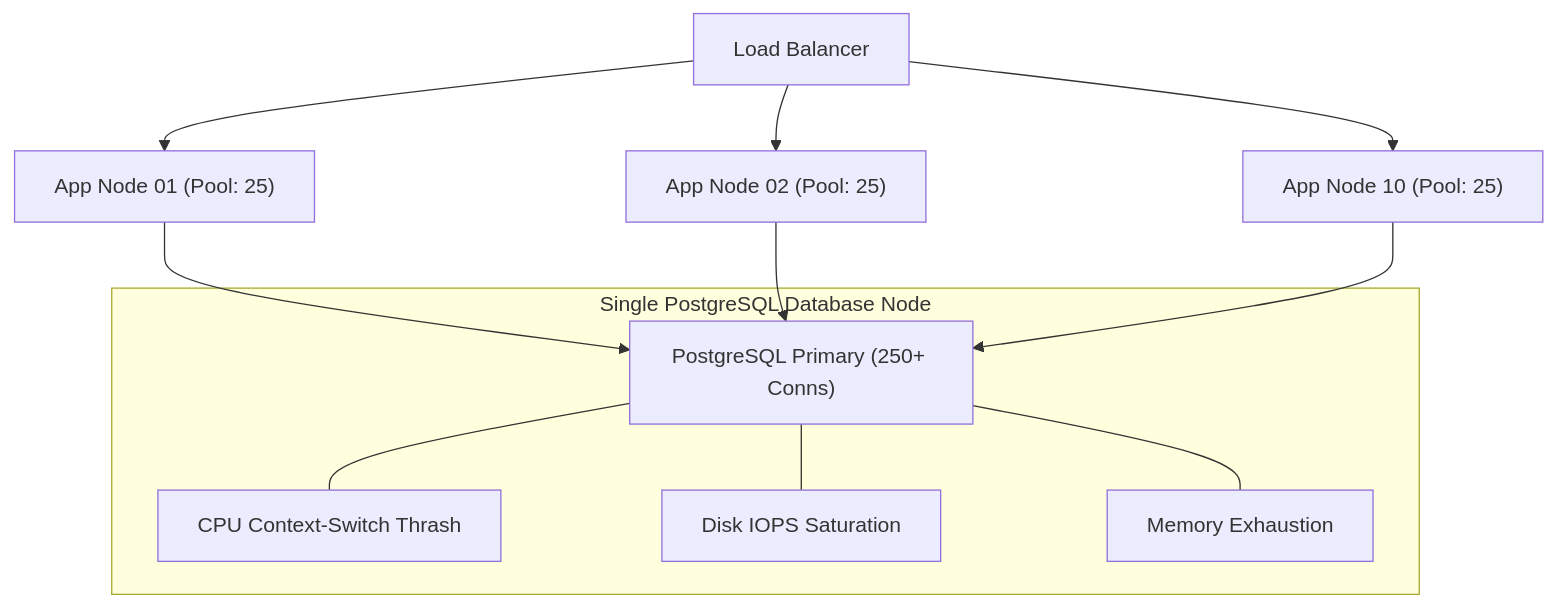
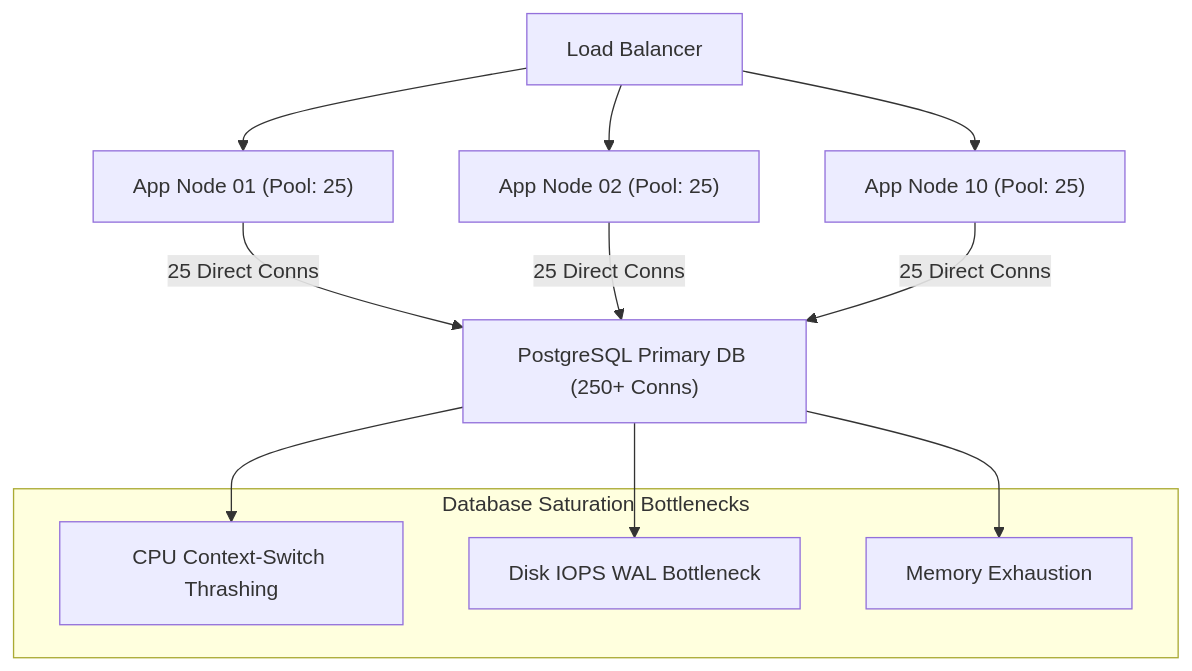
Before and after one commit to userhimanshuverma/30_Days_of_Building_Systems_That_Scale: the second of 5 diagrams in days/phase-2-database-becomes-the-problem/day-06-app-scales-db-doesnt/README.md, drawn with Mermaid. The commit also changed other lines of this file, not shown here.

Commit message:
fix(docs): resolve Mermaid node ownership and cross-subgraph layout error in Diagram 2

````diff
--- a/days/phase-2-database-becomes-the-problem/day-06-app-scales-db-doesnt/README.md
+++ b/days/phase-2-database-becomes-the-problem/day-06-app-scales-db-doesnt/README.md
@@ -222,17 +222,20 @@
 ```mermaid
 graph TD
     LB["Load Balancer"] --> App1["App Node 01 (Pool: 25)"]
     LB --> App2["App Node 02 (Pool: 25)"]
     LB --> App3["App Node 10 (Pool: 25)"]
 
-    App1 --> DB
-    App2 --> DB
-    App3 --> DB
+    App1 -->|25 Direct Conns| DB["PostgreSQL Primary DB (250+ Conns)"]
+    App2 -->|25 Direct Conns| DB
+    App3 -->|25 Direct Conns| DB
 
-    subgraph Database ["Single PostgreSQL Database Node"]
-        DB["PostgreSQL Primary (250+ Conns)"]
-        DB --- C1["CPU Context-Switch Thrash"]
-        DB --- C2["Disk IOPS Saturation"]
-        DB --- C3["Memory Exhaustion"]
+    subgraph DB_Issues ["Database Saturation Bottlenecks"]
+        C1["CPU Context-Switch Thrashing"]
+        C2["Disk IOPS WAL Bottleneck"]
+        C3["Memory Exhaustion"]
     end
+
+    DB --> C1
+    DB --> C2
+    DB --> C3
 ```
````
